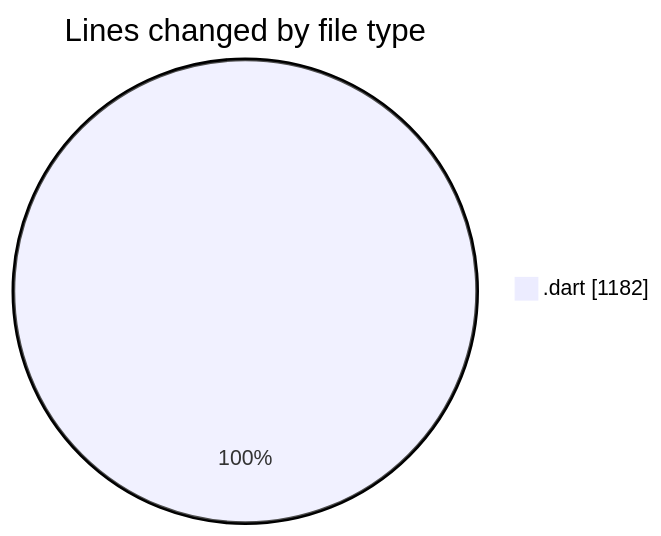
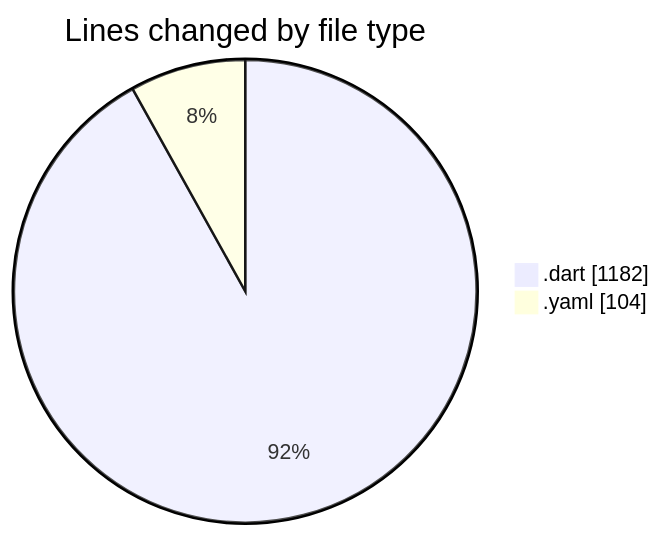
The first of 2 diagrams in 2025-03-08/uber_clone/README.md (donsfak/code-tracking), drawn with Mermaid before and after one commit. The commit also changed other lines of this file and 1 other file, not shown here.

````diff
--- a/2025-03-08/uber_clone/README.md
+++ b/2025-03-08/uber_clone/README.md
@@ -21,5 +22,6 @@
 ```mermaid
 pie showData
 title Lines changed by file type
 ".dart" : 1182
+".yaml" : 104
 ```
````
